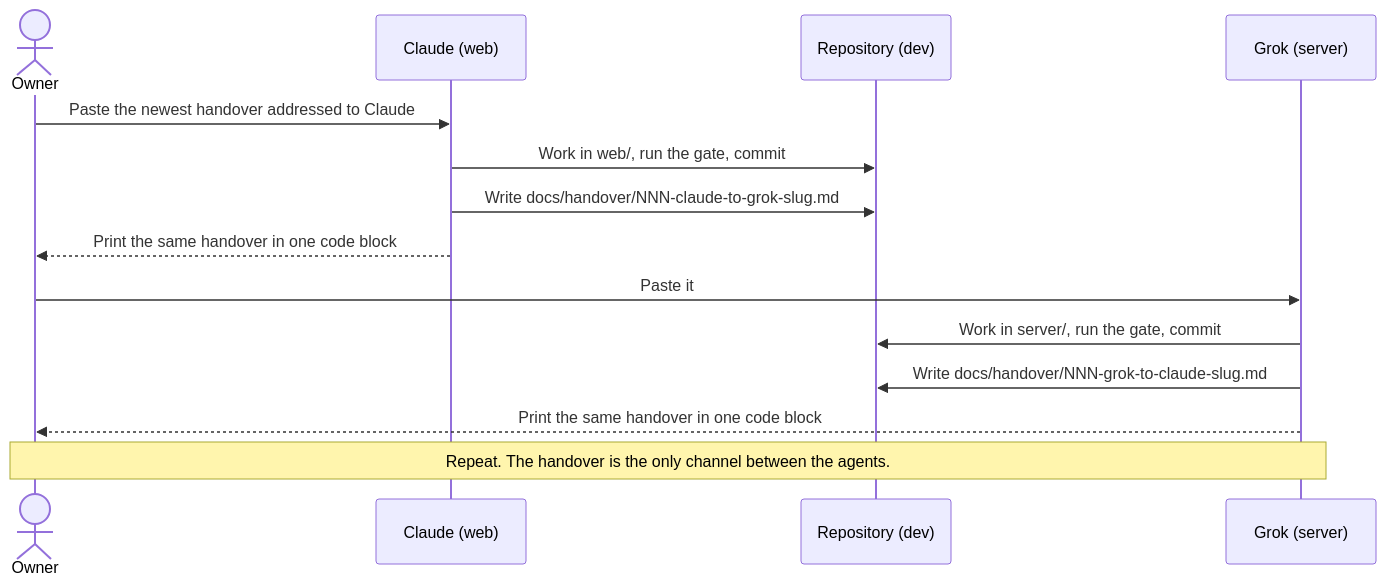
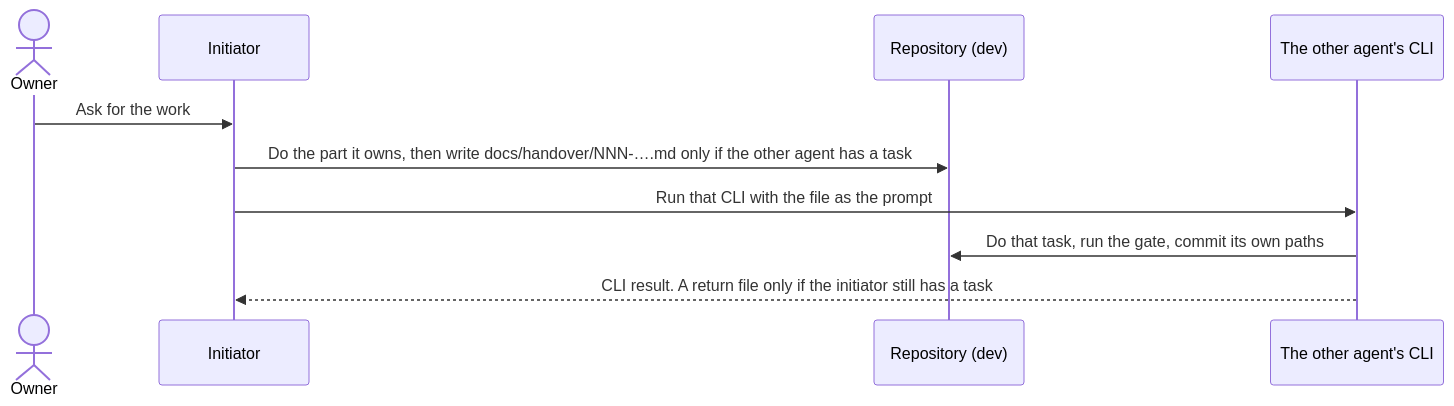
The fifth of 5 diagrams in README.md (AsP3X/gameon), drawn with Mermaid before and after one commit. The commit also changed other lines of this file and 5 other files, not shown here.

First line of the commit message:
DOCS: Close the handover log so a finished prompt is not the next task.

````diff
--- a/README.md
+++ b/README.md
@@ -552,16 +556,12 @@
 ```mermaid
 sequenceDiagram
   actor O as Owner
-  participant C as Claude (web)
+  participant I as Initiator
   participant R as Repository (dev)
-  participant G as Grok (server)
-  O->>C: Paste the newest handover addressed to Claude
-  C->>R: Work in web/, run the gate, commit
-  C->>R: Write docs/handover/NNN-claude-to-grok-slug.md
-  C-->>O: Print the same handover in one code block
-  O->>G: Paste it
-  G->>R: Work in server/, run the gate, commit
-  G->>R: Write docs/handover/NNN-grok-to-claude-slug.md
-  G-->>O: Print the same handover in one code block
-  Note over O,G: Repeat. The handover is the only channel between the agents.
+  participant E as The other agent's CLI
+  O->>I: Ask for the work
+  I->>R: Do the part it owns, then write docs/handover/NNN-….md only if the other agent has a task
+  I->>E: Run that CLI with the file as the prompt
+  E->>R: Do that task, run the gate, commit its own paths
+  E-->>I: CLI result. A return file only if the initiator still has a task
 ```
````
